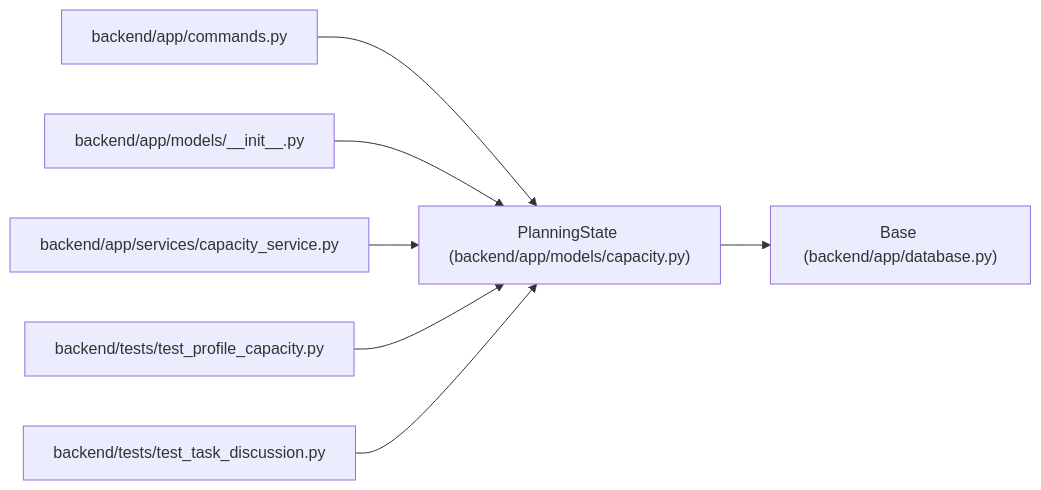
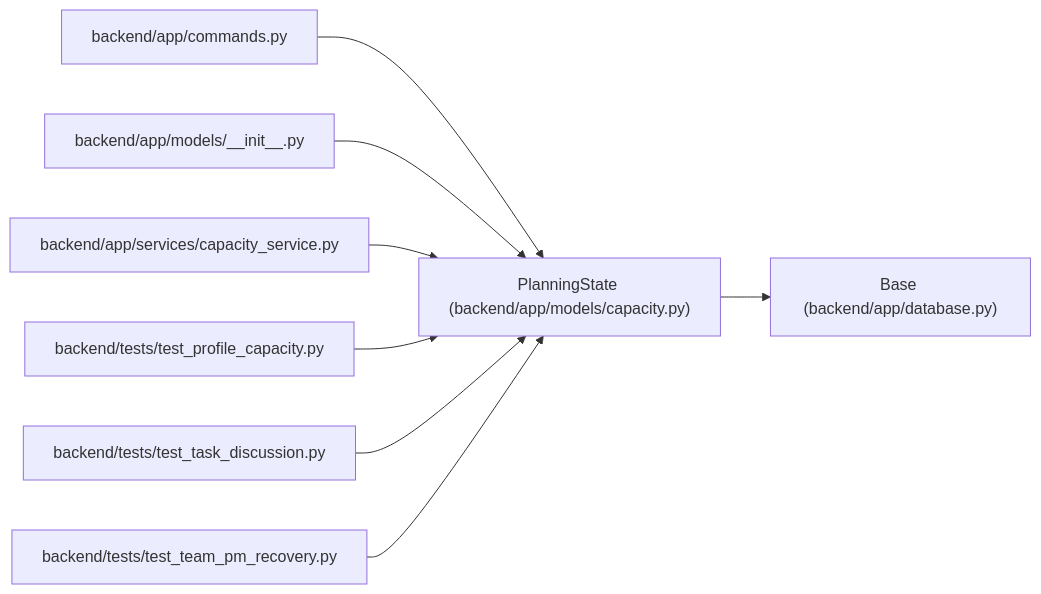
One commit to Denissvgn/WorkChord changed the diagram in docs/llm_wiki/entities/PlanningState.md. Above: the diagram before and after it, drawn with Mermaid. The commit also changed other lines of this file and 2373 other files, not shown here.

````diff
--- a/docs/llm_wiki/entities/PlanningState.md
+++ b/docs/llm_wiki/entities/PlanningState.md
@@ -26,23 +26,26 @@
 ```mermaid
 flowchart LR
     n0["PlanningState (backend/app/models/capacity.py)"]
     n1["Base (backend/app/database.py)"]
     n2["backend/app/commands.py"]
     n3["backend/app/models/__init__.py"]
     n4["backend/app/services/capacity_service.py"]
     n5["backend/tests/test_profile_capacity.py"]
     n6["backend/tests/test_task_discussion.py"]
+    n7["backend/tests/test_team_pm_recovery.py"]
     n0 --> n1
     n2 --> n0
     n3 --> n0
     n4 --> n0
     n5 --> n0
     n6 --> n0
+    n7 --> n0
     click n0 "../modules/models_capacity.md"
     click n1 "../modules/app_database.md"
     click n2 "../modules/commands.md"
     click n3 "../modules/models___init__.md"
     click n4 "../modules/capacity_service.md"
     click n5 "../modules/test_profile_capacity.md"
     click n6 "../modules/test_task_discussion.md"
+    click n7 "../modules/test_team_pm_recovery.md"
 ```
````
